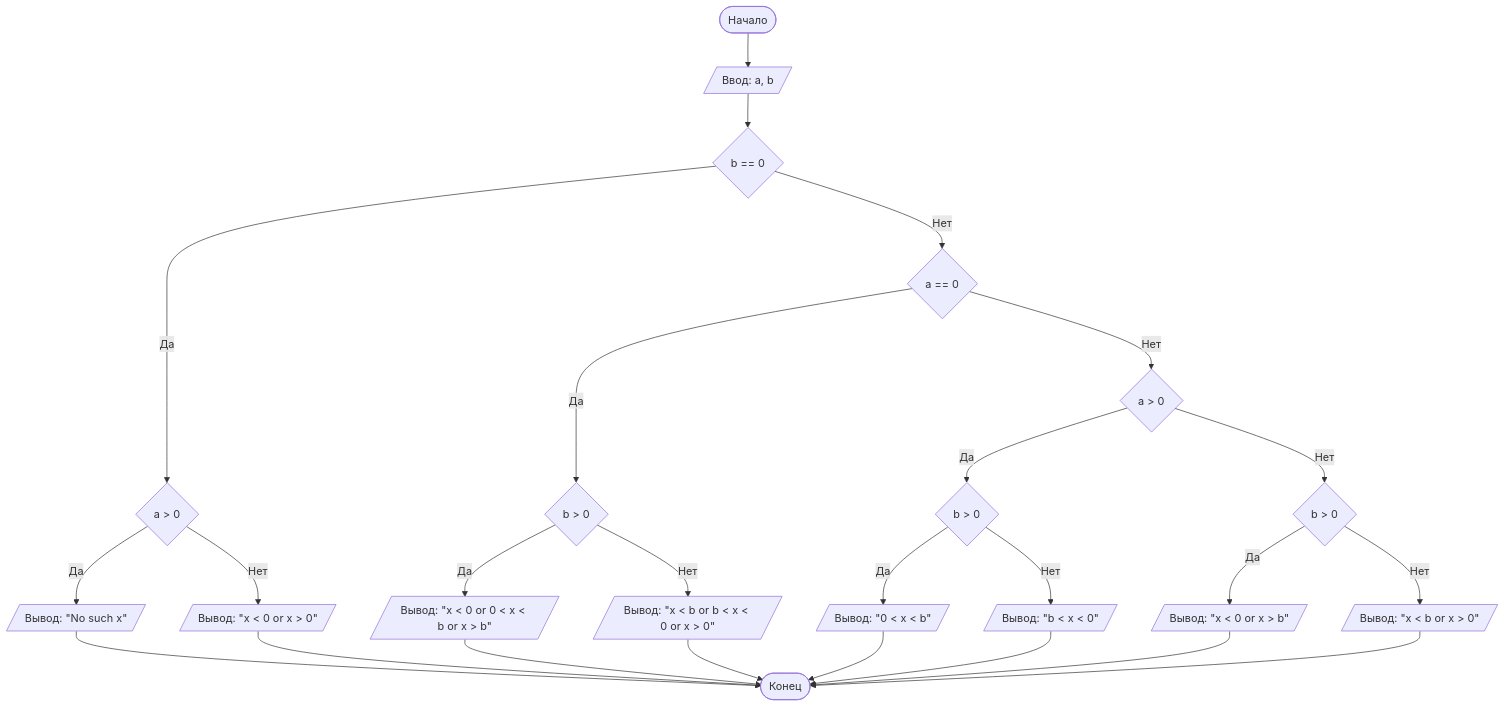
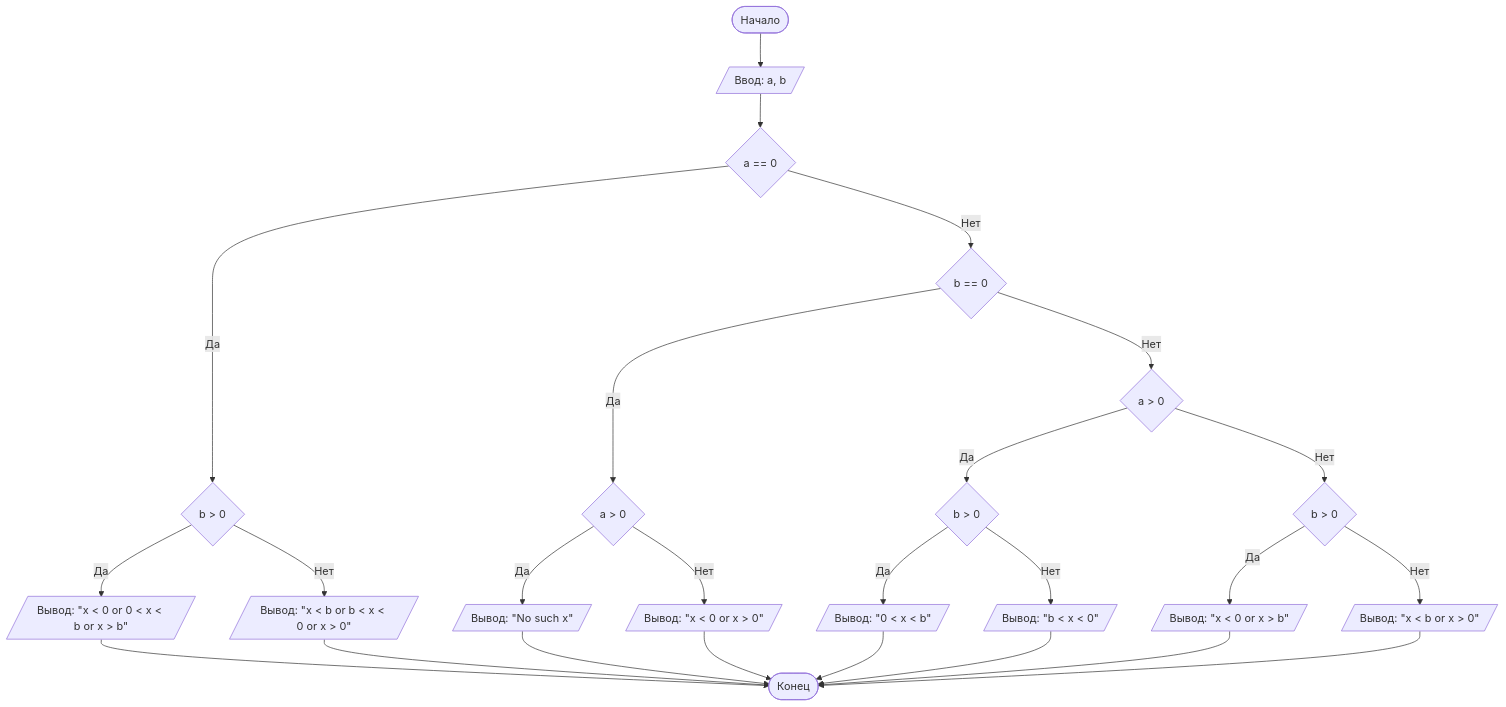
The diagram in README.md (Tensai144/programmingbasics), drawn with Mermaid before and after one commit. The commit also changed other lines of this file, not shown here.

````diff
--- a/README.md
+++ b/README.md
@@ -83,40 +106,40 @@
 ```mermaid
 graph TD
-    Start([Начало]) --> Input[/Ввод: a, b/]
-    Input --> CondB{b == 0}
+    A([Начало]) --> B[/Ввод: a, b/]
+    B --> C{a == 0}
 
+    %% Ветка a == 0
+    C -- Да --> D{b > 0}
+    D -- Да --> Ans1[/Вывод: "x < 0 or 0 < x < b or x > b"/]
+    D -- Нет --> Ans2[/Вывод: "x < b or b < x < 0 or x > 0"/]
+    Ans1 --> End([Конец])
+    Ans2 --> End
+
+    %% Ветка a != 0
+    C -- Нет --> E{b == 0}
+    
     %% Ветка b == 0
-    CondB -- Да --> CondBA{a > 0}
-    CondBA -- Да --> OutNoX[/Вывод: "No such x"/]
-    CondBA -- Нет --> OutNotZero[/Вывод: "x < 0 or x > 0"/]
-    OutNoX --> End([Конец])
-    OutNotZero --> End
-
-    %% Ветка b != 0
-    CondB -- Нет --> CondA{a == 0}
-    
-    %% Ветка a == 0
-    CondA -- Да --> CondAB{b > 0}
-    CondAB -- Да --> OutBPos[/Вывод: "x < 0 or 0 < x < b or x > b"/]
-    CondAB -- Нет --> OutBNeg[/Вывод: "x < b or b < x < 0 or x > 0"/]
-    OutBPos --> End
-    OutBNeg --> End
+    E -- Да --> F{a > 0}
+    F -- Да --> Ans3[/Вывод: "No such x"/]
+    F -- Нет --> Ans4[/Вывод: "x < 0 or x > 0"/]
+    Ans3 --> End
+    Ans4 --> End
 
     %% Ветка a != 0 и b != 0
-    CondA -- Нет --> CondAPos{a > 0}
+    E -- Нет --> H{a > 0}
     
     %% Ветка a > 0
-    CondAPos -- Да --> CondAPosB{b > 0}
-    CondAPosB -- Да --> OutA1[/Вывод: "0 < x < b"/]
-    CondAPosB -- Нет --> OutA2[/Вывод: "b < x < 0"/]
-    OutA1 --> End
-    OutA2 --> End
+    H -- Да --> J{b > 0}
+    J -- Да --> Ans5[/Вывод: "0 < x < b"/]
+    J -- Нет --> Ans6[/Вывод: "b < x < 0"/]
+    Ans5 --> End
+    Ans6 --> End
 
     %% Ветка a < 0
-    CondAPos -- Нет --> CondANegB{b > 0}
-    CondANegB -- Да --> OutA3[/Вывод: "x < 0 or x > b"/]
-    CondANegB -- Нет --> OutA4[/Вывод: "x < b or x > 0"/]
-    OutA3 --> End
-    OutA4 --> End
+    H -- Нет --> K{b > 0}
+    K -- Да --> Ans7[/Вывод: "x < 0 or x > b"/]
+    K -- Нет --> Ans8[/Вывод: "x < b or x > 0"/]
+    Ans7 --> End
+    Ans8 --> End
 
 ```
````
